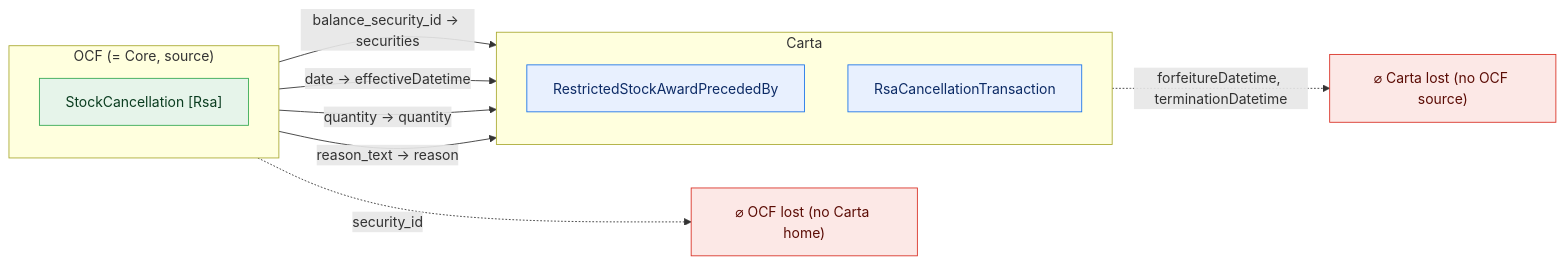
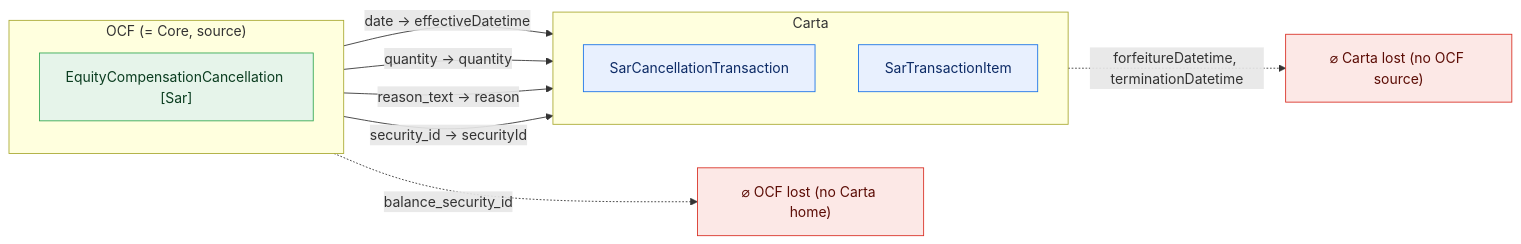
One commit to Open-Cap-Table-Coalition/OCF-Composed-Schemas changed diagram 20 of 47 in docs/core-bidirectional-flow.md. Above: the diagram before and after it, drawn with Mermaid. The commit also changed other lines of this file and 24 other files, not shown here.

````diff
--- a/docs/core-bidirectional-flow.md
+++ b/docs/core-bidirectional-flow.md
@@ -633,24 +766,24 @@
 ```mermaid
 flowchart LR
   classDef adm fill:#e6f4ea,stroke:#34a853,color:#0b3d20;
   classDef notadm fill:#f1f3f4,stroke:#9aa0a6,color:#5f6368,stroke-dasharray:4 3;
   classDef carta fill:#e8f0fe,stroke:#1a73e8,color:#0d2b66;
   classDef lost fill:#fce8e6,stroke:#d93025,color:#5c0d06;
   subgraph SRC["OCF (= Core, source)"]
     direction TB
-    o0["StockCancellation [Rsa]"]:::adm
+    o0["EquityCompensationCancellation [Sar]"]:::adm
   end
   subgraph TGT["Carta"]
     direction TB
-    t0["RestrictedStockAwardPrecededBy"]:::carta
-    t1["RsaCancellationTransaction"]:::carta
+    t0["SarCancellationTransaction"]:::carta
+    t1["SarTransactionItem"]:::carta
   end
   ocflost["⌀ OCF lost (no Carta home)"]:::lost
   cartalost["⌀ Carta lost (no OCF source)"]:::lost
-  o0 -->|"balance_security_id → securities"| t0
-  o0 -->|"date → effectiveDatetime"| t1
-  o0 -->|"quantity → quantity"| t1
-  o0 -->|"reason_text → reason"| t1
-  o0 -.->|"security_id"| ocflost
-  t1 -.->|"forfeitureDatetime, terminationDatetime"| cartalost
+  o0 -->|"date → effectiveDatetime"| t0
+  o0 -->|"quantity → quantity"| t0
+  o0 -->|"reason_text → reason"| t0
+  o0 -->|"security_id → securityId"| t1
+  o0 -.->|"balance_security_id"| ocflost
+  t0 -.->|"forfeitureDatetime, terminationDatetime"| cartalost
 ```
````
